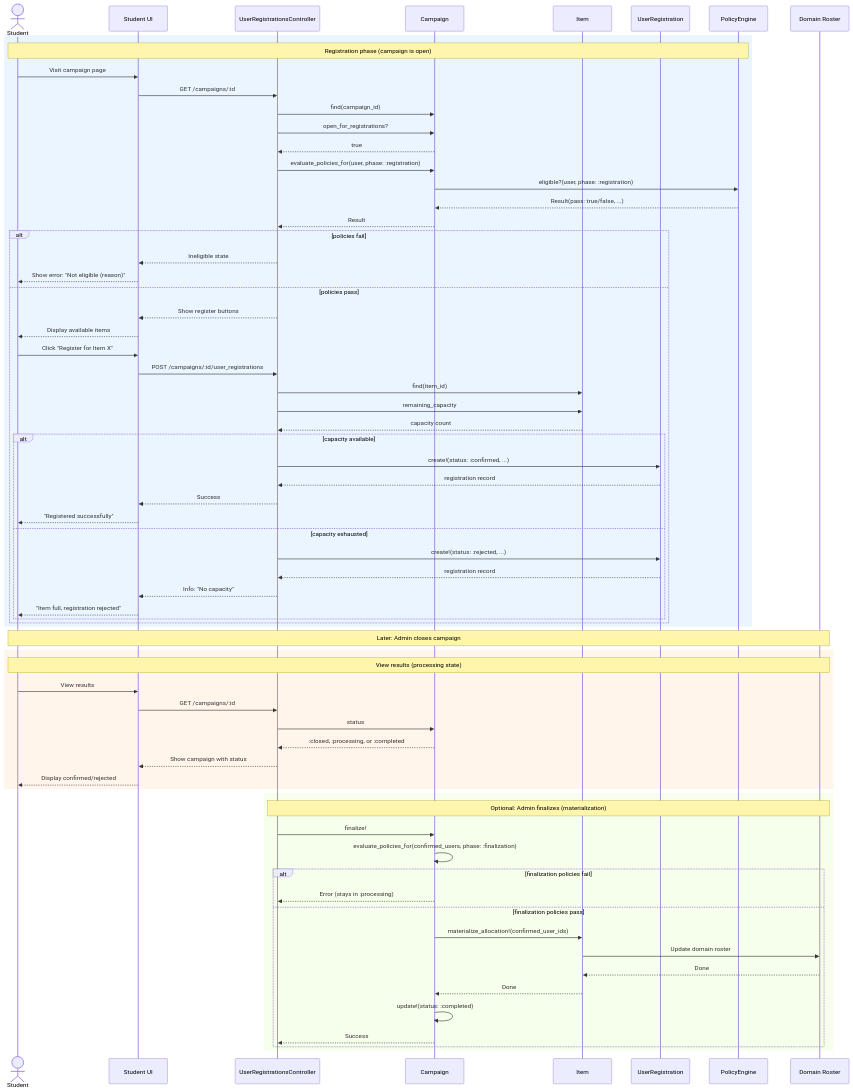
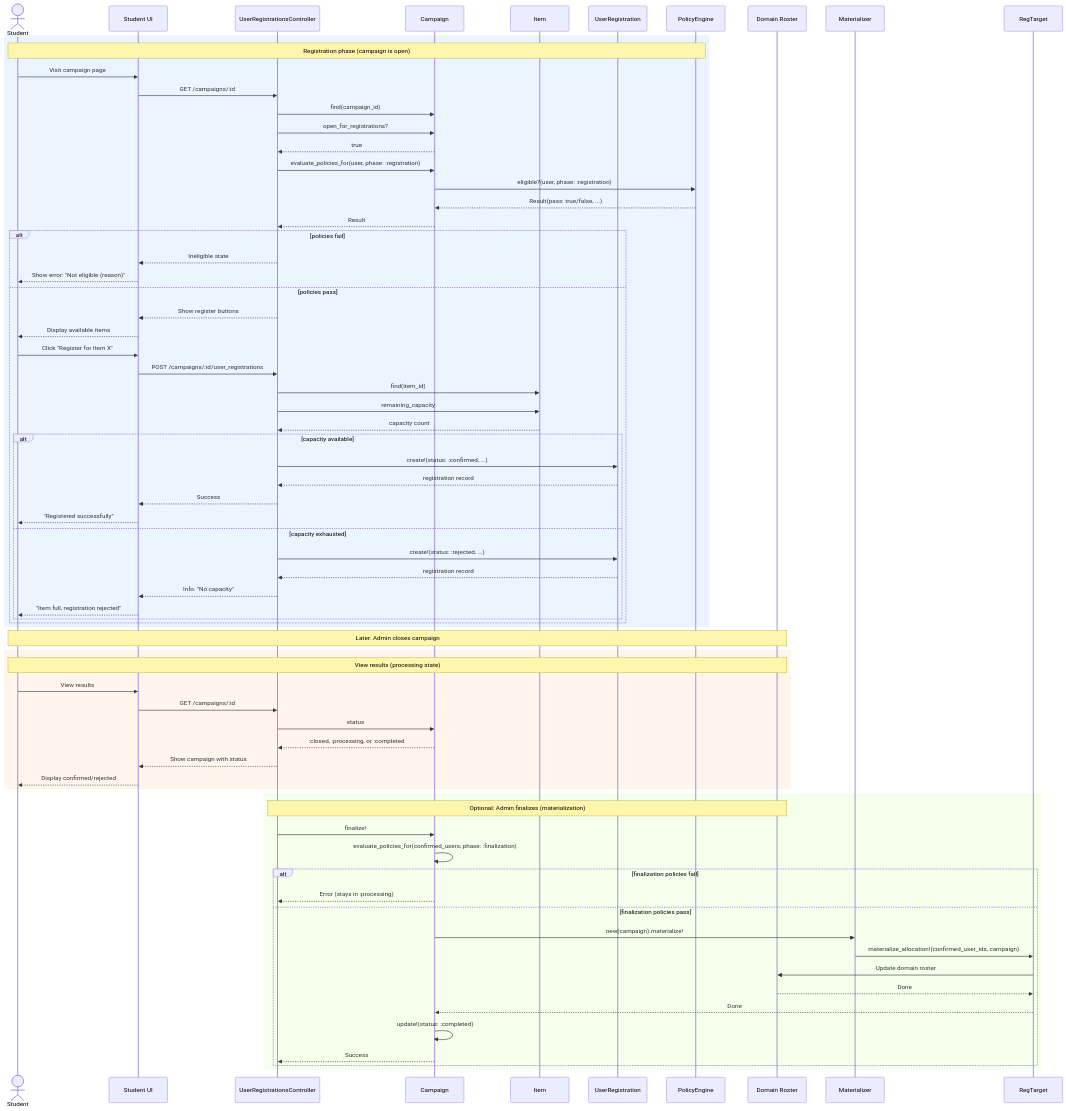
One commit to MaMpf-HD/mampf changed the sixth of 6 diagrams in architecture/src/features/02-registration.md. Above: the diagram before and after it, drawn with Mermaid. The commit also changed other lines of this file and 1 other file, not shown here.

First line of the commit message:
Architecture book: Update docs to reflect actual code (#1097)

````diff
--- a/architecture/src/features/02-registration.md
+++ b/architecture/src/features/02-registration.md
@@ -1499,80 +1484,81 @@
 ```mermaid
 sequenceDiagram
     actor Student
     participant UI as Student UI
     participant Controller as UserRegistrationsController
     participant Campaign
     participant Item
     participant UserReg as UserRegistration
     participant PolicyEngine
     participant Roster as Domain Roster
 
     rect rgb(235, 245, 255)
     note over Student,PolicyEngine: Registration phase (campaign is open)
     Student->>UI: Visit campaign page
     UI->>Controller: GET /campaigns/:id
     Controller->>Campaign: find(campaign_id)
     Controller->>Campaign: open_for_registrations?
     Campaign-->>Controller: true
 
     Controller->>Campaign: evaluate_policies_for(user, phase: :registration)
     Campaign->>PolicyEngine: eligible?(user, phase: :registration)
     PolicyEngine-->>Campaign: Result(pass: true/false, ...)
     Campaign-->>Controller: Result
 
     alt policies fail
         Controller-->>UI: Ineligible state
         UI-->>Student: Show error: "Not eligible (reason)"
     else policies pass
         Controller-->>UI: Show register buttons
         UI-->>Student: Display available items
 
         Student->>UI: Click "Register for Item X"
         UI->>Controller: POST /campaigns/:id/user_registrations
 
         Controller->>Item: find(item_id)
         Controller->>Item: remaining_capacity
         Item-->>Controller: capacity count
 
         alt capacity available
             Controller->>UserReg: create!(status: :confirmed, ...)
             UserReg-->>Controller: registration record
             Controller-->>UI: Success
             UI-->>Student: "Registered successfully"
         else capacity exhausted
             Controller->>UserReg: create!(status: :rejected, ...)
             UserReg-->>Controller: registration record
             Controller-->>UI: Info: "No capacity"
             UI-->>Student: "Item full, registration rejected"
         end
     end
     end
 
     note over Student,Roster: Later: Admin closes campaign
 
     rect rgb(255, 245, 235)
     note over Student,Roster: View results (processing state)
     Student->>UI: View results
     UI->>Controller: GET /campaigns/:id
     Controller->>Campaign: status
     Campaign-->>Controller: :closed, :processing, or :completed
     Controller-->>UI: Show campaign with status
     UI-->>Student: Display confirmed/rejected
     end
 
     rect rgb(245, 255, 235)
     note over Controller,Roster: Optional: Admin finalizes (materialization)
     Controller->>Campaign: finalize!
     Campaign->>Campaign: evaluate_policies_for(confirmed_users, phase: :finalization)
     alt finalization policies fail
         Campaign-->>Controller: Error (stays in :processing)
     else finalization policies pass
-        Campaign->>Item: materialize_allocation!(confirmed_user_ids)
-        Item->>Roster: Update domain roster
-        Roster-->>Item: Done
-        Item-->>Campaign: Done
+        Campaign->>Materializer: new(campaign).materialize!
+        Materializer->>RegTarget: materialize_allocation!(confirmed_user_ids, campaign)
+        RegTarget->>Roster: Update domain roster
+        Roster-->>RegTarget: Done
+        RegTarget-->>Campaign: Done
         Campaign->>Campaign: update!(status: :completed)
         Campaign-->>Controller: Success
     end
     end
 ```
````
